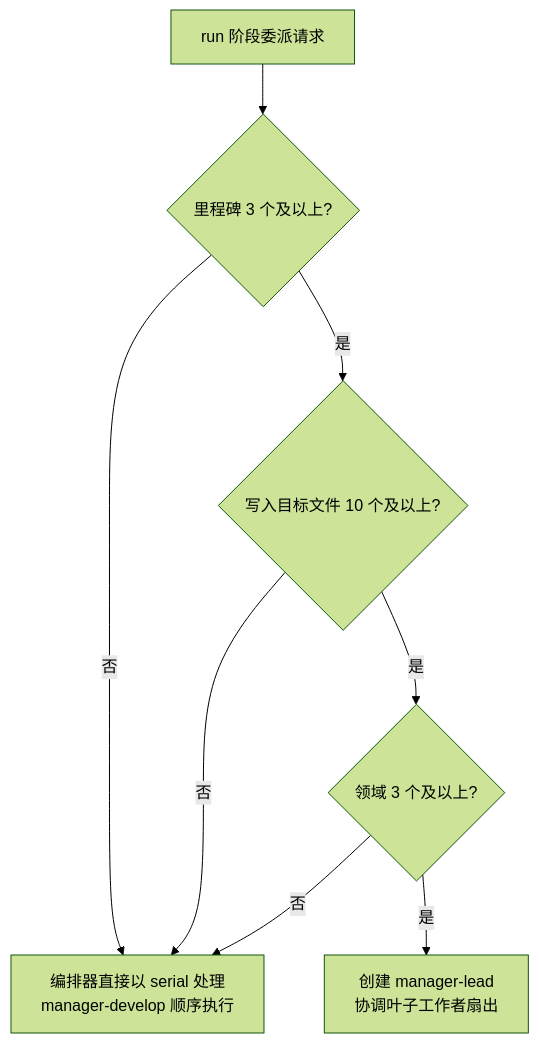
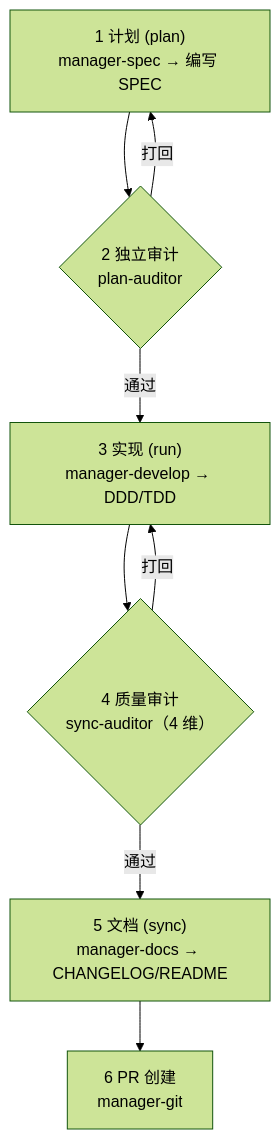
One commit to modu-ai/moai-adk changed the third of 4 diagrams in docs-site/content/zh/advanced/agent-guide.md. Above: the diagram before and after it, drawn with Mermaid (forest theme). The commit also changed other lines of this file and 2 other files, not shown here.

First line of the commit message:
docs(SPEC-DOCS-HEADING-PARITY-001): M4 agent-guide fold 30→22 to ko structure (card t1328)

````diff
--- a/docs-site/content/zh/advanced/agent-guide.md
+++ b/docs-site/content/zh/advanced/agent-guide.md
@@ -149,10 +151,10 @@
 ```mermaid
 flowchart TD
-    START["run 阶段委派请求"] --> Q1{"里程碑 3 个及以上?"}
-    Q1 -->|"否"| MODE5["编排器直接以 serial 处理<br>manager-develop 顺序执行"]
-    Q1 -->|"是"| Q2{"写入目标文件 10 个及以上?"}
-    Q2 -->|"否"| MODE5
-    Q2 -->|"是"| Q3{"领域 3 个及以上?"}
-    Q3 -->|"否"| MODE5
-    Q3 -->|"是"| LEAD["创建 manager-lead<br>协调叶子工作者扇出"]
+    PLAN["1 计划 (plan)<br>manager-spec → 编写 SPEC"] --> A1{"2 独立审计<br>plan-auditor"}
+    A1 -->|"打回"| PLAN
+    A1 -->|"通过"| RUN["3 实现 (run)<br>manager-develop → DDD/TDD"]
+    RUN --> A2{"4 质量审计<br>sync-auditor（4 维）"}
+    A2 -->|"打回"| RUN
+    A2 -->|"通过"| SYNC["5 文档 (sync)<br>manager-docs → CHANGELOG/README"]
+    SYNC --> PR["6 PR 创建<br>manager-git"]
 ```
````
